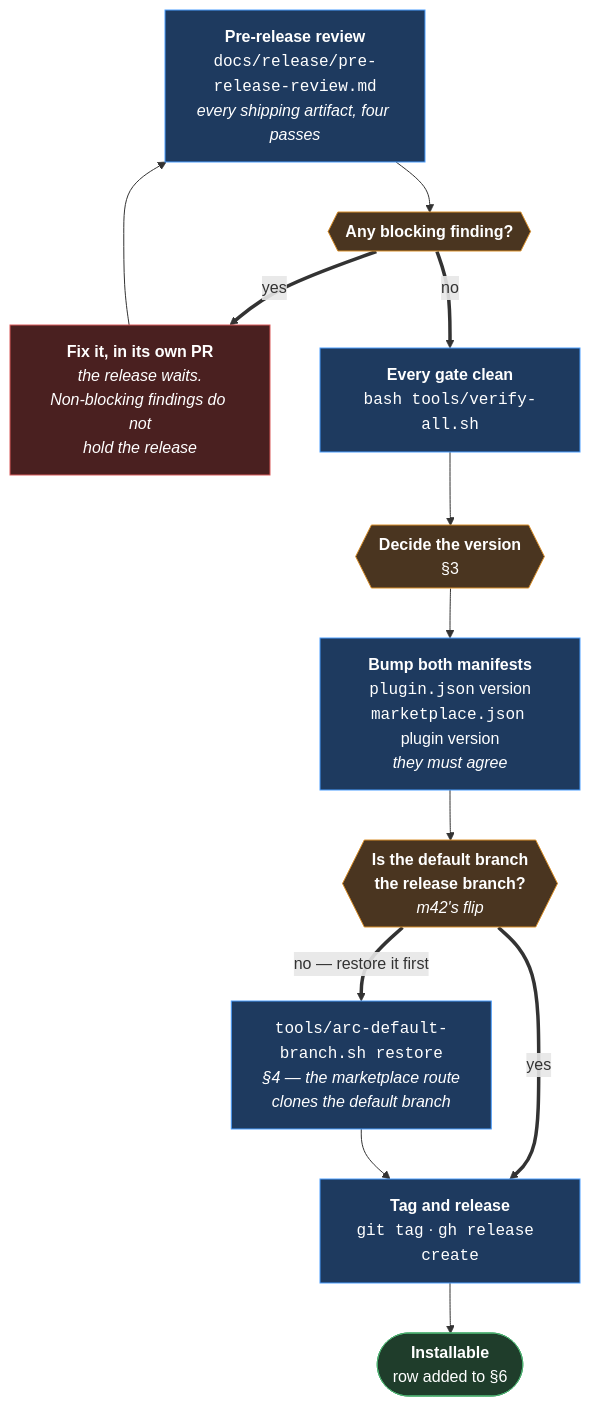
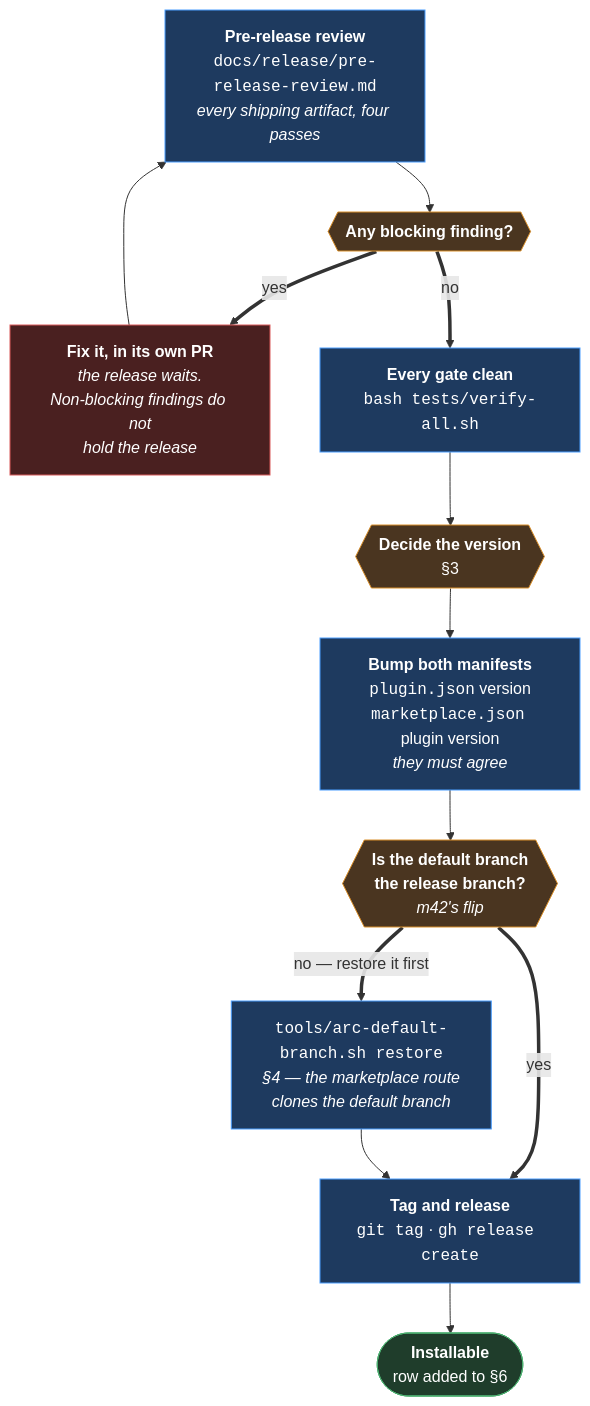
The first of 2 diagrams in docs/release/release-process.md (Calyx-Engineering/arc), drawn with Mermaid before and after one commit. The commit also changed 127 other files, not shown here.

````diff
--- a/docs/release/release-process.md
+++ b/docs/release/release-process.md
@@ -31,23 +31,23 @@
 ```mermaid
 flowchart TB
     REV["<b>Pre-release review</b><br/><code>docs/release/pre-release-review.md</code><br/><i>every shipping artifact, four passes</i>"]
     REV --> BLOCK{{"<b>Any blocking finding?</b>"}}
     BLOCK ==>|yes| FIX["<b>Fix it, in its own PR</b><br/><i>the release waits.<br/>Non-blocking findings do not<br/>hold the release</i>"]
     FIX --> REV
-    BLOCK ==>|no| GATES["<b>Every gate clean</b><br/><code>bash tools/verify-all.sh</code>"]
+    BLOCK ==>|no| GATES["<b>Every gate clean</b><br/><code>bash tests/verify-all.sh</code>"]
     GATES --> VER{{"<b>Decide the version</b><br/>§3"}}
     VER --> BUMP["<b>Bump both manifests</b><br/><code>plugin.json</code> version<br/><code>marketplace.json</code> plugin version<br/><i>they must agree</i>"]
     BUMP --> DEF{{"<b>Is the default branch<br/>the release branch?</b><br/><i>m42's flip</i>"}}
     DEF ==>|"no — restore it first"| RESTORE["<code>tools/arc-default-branch.sh restore</code><br/><i>§4 — the marketplace route<br/>clones the default branch</i>"]
     DEF ==>|yes| TAG["<b>Tag and release</b><br/><code>git tag</code> · <code>gh release create</code>"]
     RESTORE --> TAG
     TAG --> DONE(["<b>Installable</b><br/>row added to §6"])
     classDef n fill:#1e3a5f,stroke:#4a9eff,color:#fff
     classDef s fill:#4a3520,stroke:#d98f2b,color:#fff
     classDef g fill:#1f3d2b,stroke:#4caf70,color:#fff
     classDef x fill:#4a2020,stroke:#d95b5b,color:#fff
     class REV,GATES,BUMP,TAG,RESTORE n
     class BLOCK,VER,DEF s
     class DONE g
     class FIX x
 ```
````
